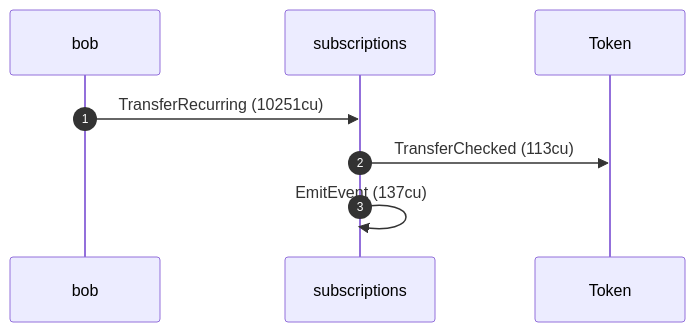
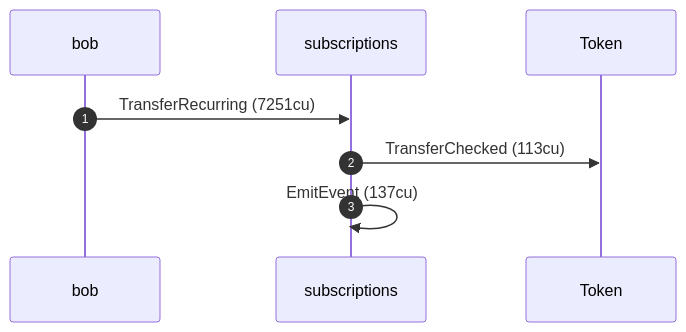
The ninth of 12 diagrams in dsl_tests/recurring-transfer-within-the-drift-window-succeeds.md (cds-rs/subscriptions), drawn with Mermaid before and after one commit. The commit also changed other lines of this file and 224 other files, not shown here.

````diff
--- a/dsl_tests/recurring-transfer-within-the-drift-window-succeeds.md
+++ b/dsl_tests/recurring-transfer-within-the-drift-window-succeeds.md
@@ -185,10 +194,10 @@
 ```mermaid
 sequenceDiagram
     autonumber
     participant bob
     participant subscriptions
     participant Token
-    bob ->> subscriptions: TransferRecurring (10251cu)
+    bob ->> subscriptions: TransferRecurring (7251cu)
     subscriptions ->> Token: TransferChecked (113cu)
     subscriptions ->> subscriptions: EmitEvent (137cu)
 ```
````
